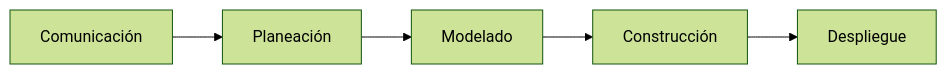
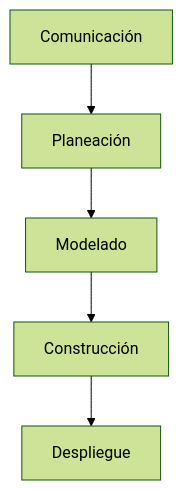
The diagram in 4to Nivel/Ingeniería y Calidad de Software/Ingeniería de Software.md (agustinbravop/utn-vault), drawn with Mermaid (forest theme) before and after one commit. The commit also changed 19 other files, not shown here.

````diff
--- a/4to Nivel/Ingeniería y Calidad de Software/Ingeniería de Software.md
+++ b/4to Nivel/Ingeniería y Calidad de Software/Ingeniería de Software.md
@@ -18,4 +18,4 @@
 ```mermaid
-flowchart LR
+flowchart TD
 Comunicación --> Planeación --> Modelado --> Construcción --> Despliegue
 ```
````
